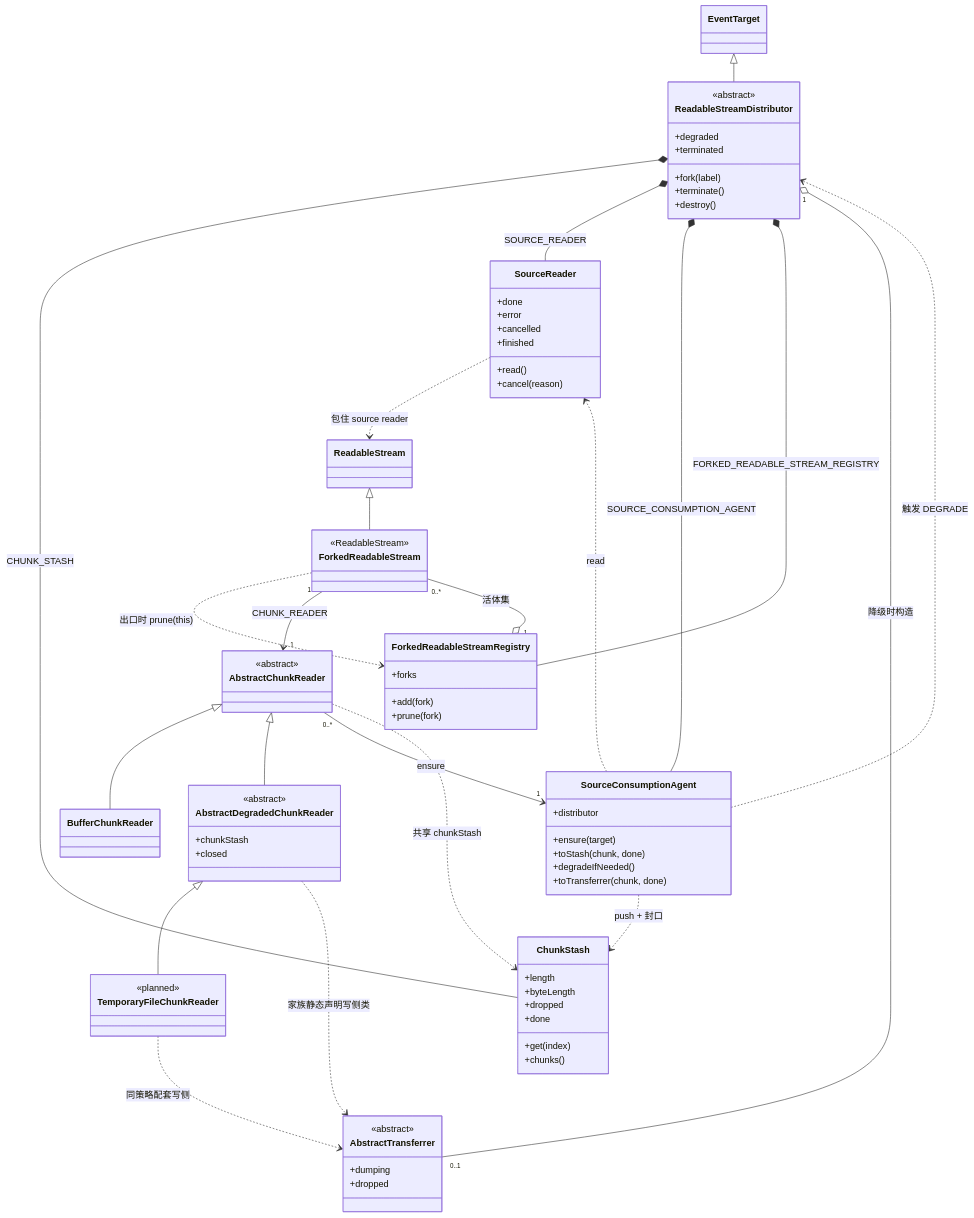
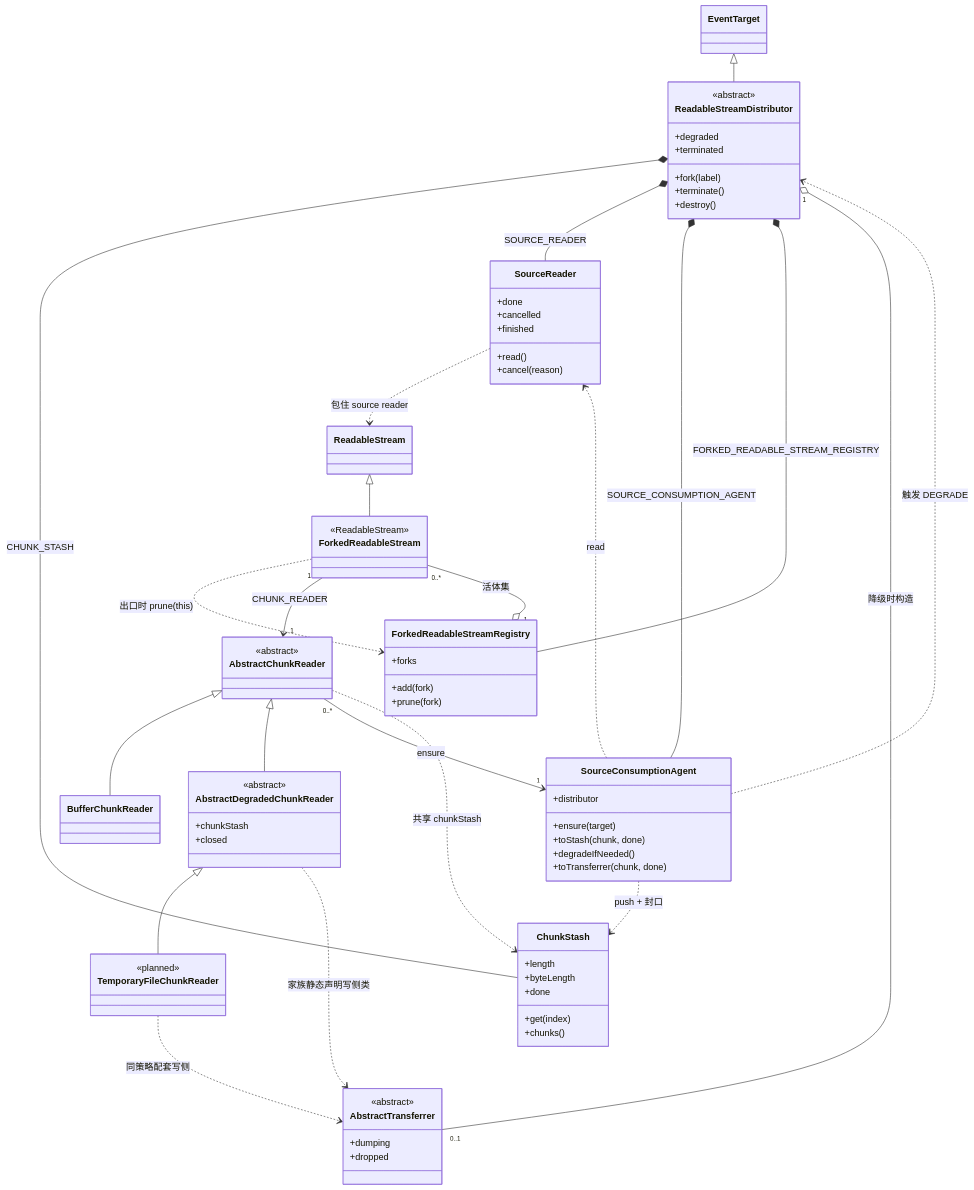
The second of 6 diagrams in DESIGN.md (produck/node-readable-stream-distributor), drawn with Mermaid before and after one commit. The commit also changed 12 other files, not shown here.

```diff
--- a/DESIGN.md
+++ b/DESIGN.md
@@ -148,7 +148,6 @@
     class ChunkStash {
         +length
         +byteLength
-        +dropped
         +done
         +get(index)
         +chunks()
@@ -156,7 +155,6 @@
 
     class SourceReader {
         +done
-        +error
         +cancelled
         +finished
         +read()
```
